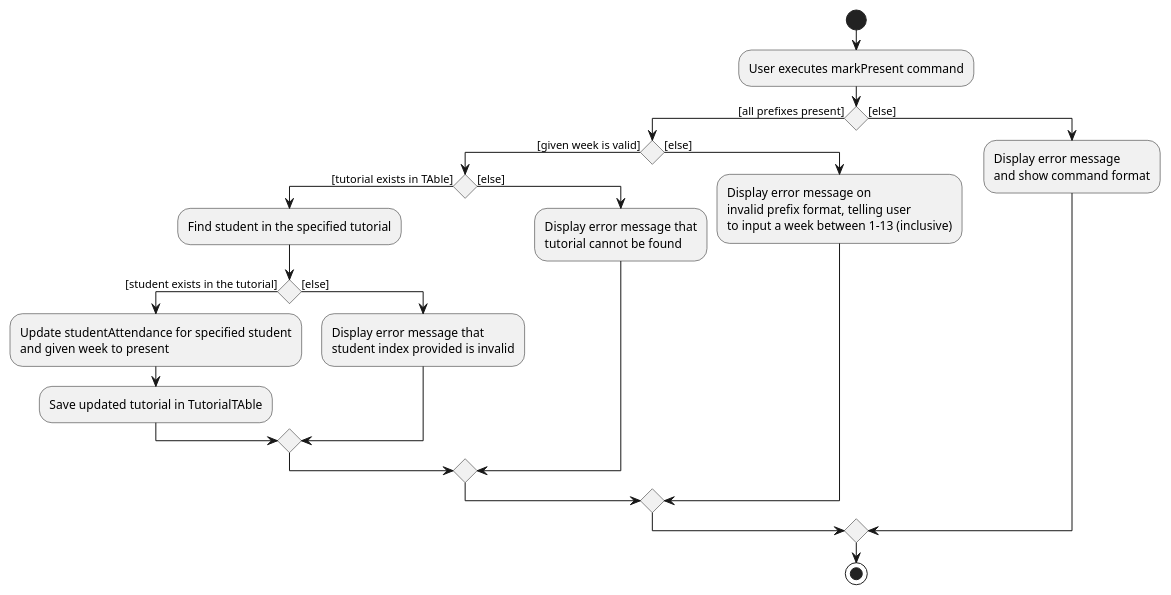
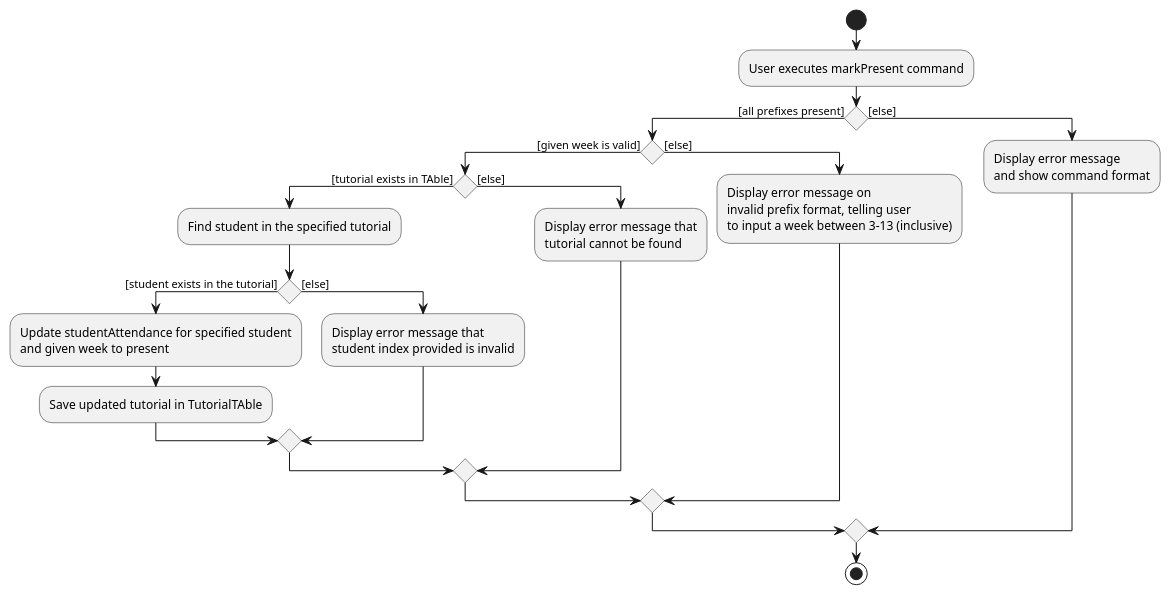
Before and after one commit to suwoons/main: the diagram in docs/diagrams/TutorialMarkPresentActivityDiagram.puml, drawn with PlantUML. The commit also changed 10 other files, not shown here.

```diff
--- a/docs/diagrams/TutorialMarkPresentActivityDiagram.puml
+++ b/docs/diagrams/TutorialMarkPresentActivityDiagram.puml
@@ -1,33 +1,33 @@
 @startuml
 start
 :User executes markPresent command;
 
 if () then ([all prefixes present])
     if () then ([given week is valid])
         if () then ([tutorial exists in TAble])
             :Find student in the specified tutorial;
 
             if () then ([student exists in the tutorial])
                 :Update studentAttendance for specified student
                 and given week to present;
                 :Save updated tutorial in TutorialTAble;
             else ([else])
                 :Display error message that
                 student index provided is invalid;
             endif
         else ([else])
             :Display error message that
             tutorial cannot be found;
         endif
     else ([else])
         :Display error message on
         invalid prefix format, telling user
-        to input a week between 1-13 (inclusive);
+        to input a week between 3-13 (inclusive);
     endif
 else ([else])
    :Display error message
    and show command format;
 endif
 
 stop
 @enduml
```
